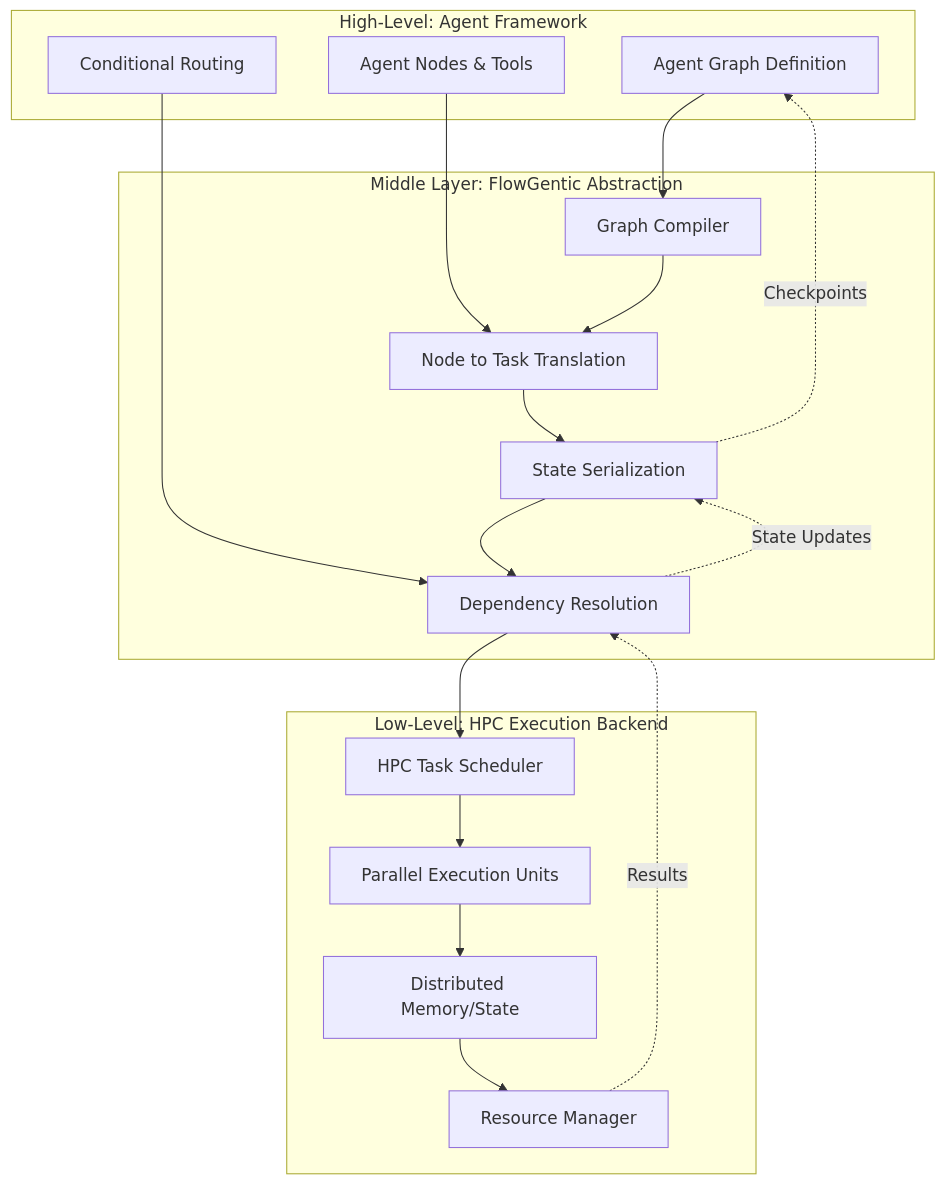
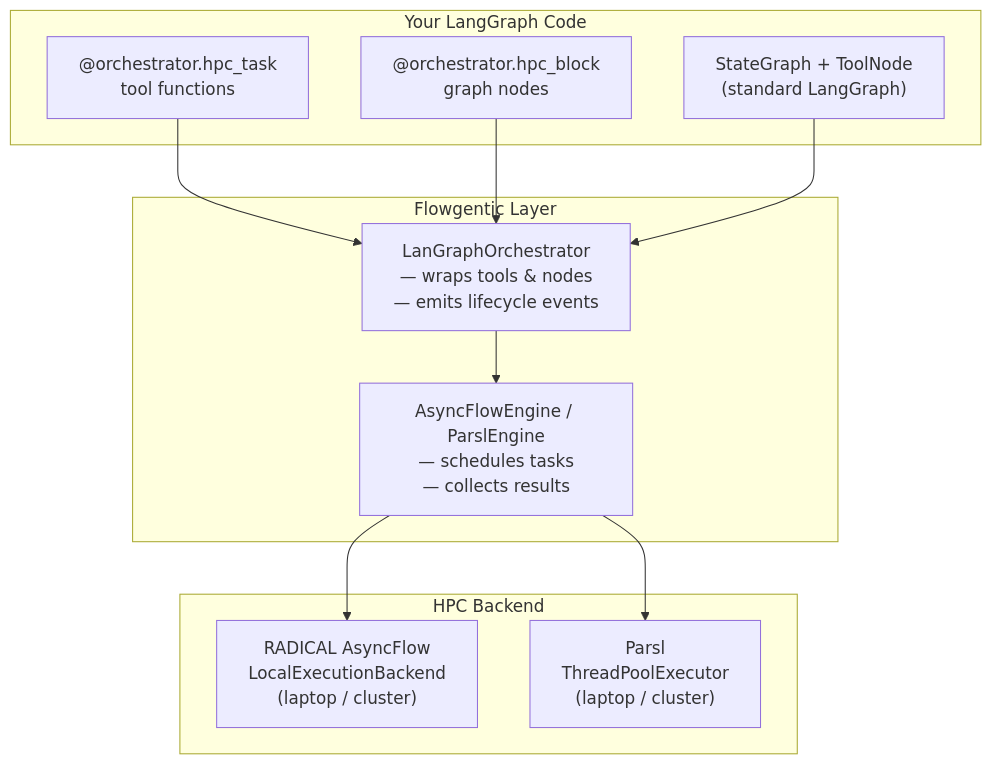
One commit to stride-research/flowgentic changed the diagram in docs/architecture.md. Above: the diagram before and after it, drawn with Mermaid. The commit also changed other lines of this file and 148 other files, not shown here.

````diff
--- a/docs/architecture.md
+++ b/docs/architecture.md
@@ -7,39 +7,25 @@
 ```mermaid
 flowchart TD
-    subgraph HighLevel["High-Level: Agent Framework"]
-        A[Agent Graph Definition]
-        B[Agent Nodes & Tools]
-        C[Conditional Routing]
+    subgraph UserCode["Your LangGraph Code"]
+        A["@orchestrator.hpc_task\ntool functions"]
+        B["@orchestrator.hpc_block\ngraph nodes"]
+        C["StateGraph + ToolNode\n(standard LangGraph)"]
     end
-    
-    subgraph MiddleLayer["Middle Layer: FlowGentic Abstraction"]
-        D[Graph Compiler]
-        E[Node to Task Translation]
-        F[State Serialization]
-        G[Dependency Resolution]
+
+    subgraph Flowgentic["Flowgentic Layer"]
+        D["LanGraphOrchestrator\n— wraps tools & nodes\n— emits lifecycle events"]
+        E["AsyncFlowEngine / ParslEngine\n— schedules tasks\n— collects results"]
     end
-    
-    subgraph LowLevel["Low-Level: HPC Execution Backend"]
-        H[HPC Task Scheduler]
-        I[Parallel Execution Units]
-        J[Distributed Memory/State]
-        K[Resource Manager]
+
+    subgraph Backend["HPC Backend"]
+        F["RADICAL AsyncFlow\nLocalExecutionBackend\n(laptop / cluster)"]
+        G["Parsl\nThreadPoolExecutor\n(laptop / cluster)"]
     end
-    
+
     A --> D
-    B --> E
-    C --> G
-    
+    B --> D
+    C --> D
     D --> E
     E --> F
-    F --> G
-    
-    G --> H
-    H --> I
-    I --> J
-    J --> K
-    
-    K -.->|Results| G
-    G -.->|State Updates| F
-    F -.->|Checkpoints| A
+    E --> G
 ```
````
